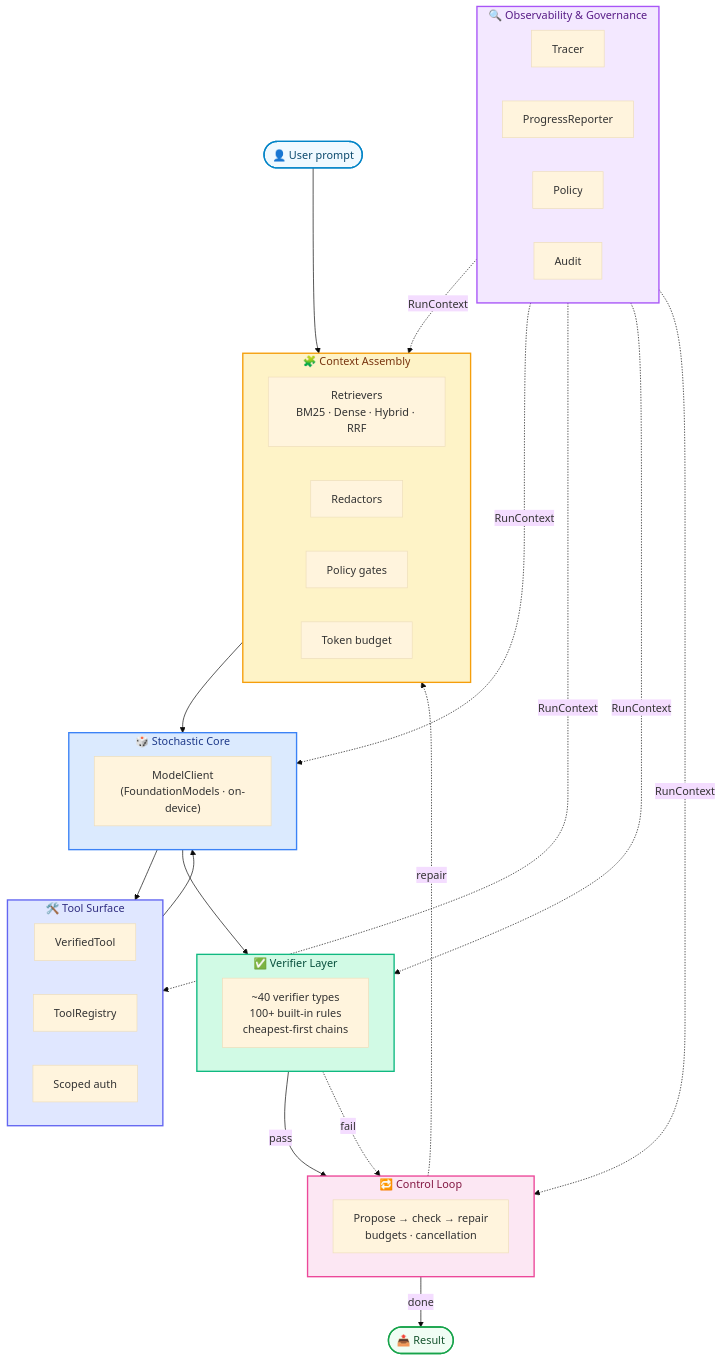
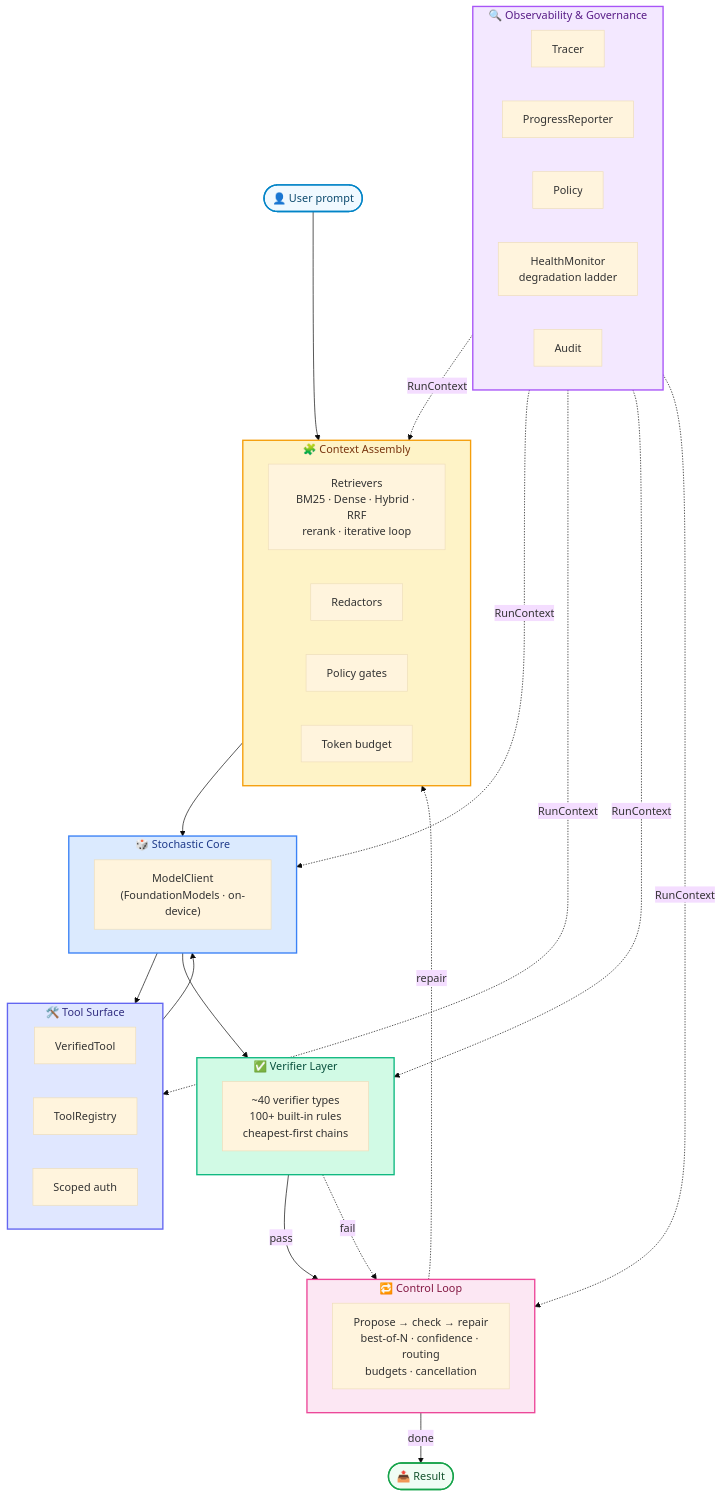
One commit to antisynthesis/compound changed the diagram in README.md. Above: the diagram before and after it, drawn with Mermaid (base theme). The commit also changed other lines of this file and 4 other files, not shown here.

````diff
--- a/README.md
+++ b/README.md
@@ -69,71 +69,72 @@
 ```mermaid
 flowchart TD
     User(["👤 User prompt"]):::userNode
 
     subgraph CTX ["🧩 Context Assembly"]
         direction LR
-        RET["Retrievers<br/>BM25 · Dense · Hybrid · RRF"]
+        RET["Retrievers<br/>BM25 · Dense · Hybrid · RRF<br/>rerank · iterative loop"]
         RED["Redactors"]
         GATE["Policy gates"]
         BUD["Token budget"]
     end
 
     subgraph CORE ["🎲 Stochastic Core"]
         MC["ModelClient<br/>(FoundationModels · on-device)"]
     end
 
     subgraph TOOLS ["🛠️ Tool Surface"]
         VT["VerifiedTool"]
         TR["ToolRegistry"]
         AUTH["Scoped auth"]
     end
 
     subgraph VER ["✅ Verifier Layer"]
         CHAIN["~40 verifier types<br/>100+ built-in rules<br/>cheapest-first chains"]
     end
 
     subgraph LOOP ["🔁 Control Loop"]
-        CL["Propose → check → repair<br/>budgets · cancellation"]
+        CL["Propose → check → repair<br/>best-of-N · confidence · routing<br/>budgets · cancellation"]
     end
 
     subgraph OBS ["🔍 Observability &amp; Governance"]
         TRC["Tracer"]
         PRG["ProgressReporter"]
         POL["Policy"]
+        HLTH["HealthMonitor<br/>degradation ladder"]
         AUD["Audit"]
     end
 
     Result(["📤 Result"]):::resultNode
 
     User --> CTX
     CTX --> CORE
     CORE --> TOOLS
     TOOLS --> CORE
     CORE --> VER
     VER -->|pass| LOOP
     VER -.->|fail| LOOP
     LOOP -->|done| Result
     LOOP -.->|repair| CTX
 
     OBS -. RunContext .-> CTX
     OBS -. RunContext .-> CORE
     OBS -. RunContext .-> TOOLS
     OBS -. RunContext .-> VER
     OBS -. RunContext .-> LOOP
 
     classDef userNode fill:#F0F9FF,stroke:#0284C7,stroke-width:2px,color:#0C4A6E
     classDef resultNode fill:#F0FDF4,stroke:#16A34A,stroke-width:2px,color:#14532D
     classDef ctx fill:#FEF3C7,stroke:#F59E0B,stroke-width:2px,color:#78350F
     classDef core fill:#DBEAFE,stroke:#3B82F6,stroke-width:2px,color:#1E3A8A
     classDef tools fill:#E0E7FF,stroke:#6366F1,stroke-width:2px,color:#312E81
     classDef ver fill:#D1FAE5,stroke:#10B981,stroke-width:2px,color:#064E3B
     classDef loop fill:#FCE7F3,stroke:#EC4899,stroke-width:2px,color:#831843
     classDef obs fill:#F3E8FF,stroke:#A855F7,stroke-width:2px,color:#581C87
 
     class CTX ctx
     class CORE core
     class TOOLS tools
     class VER ver
     class LOOP loop
     class OBS obs
 ```
````
